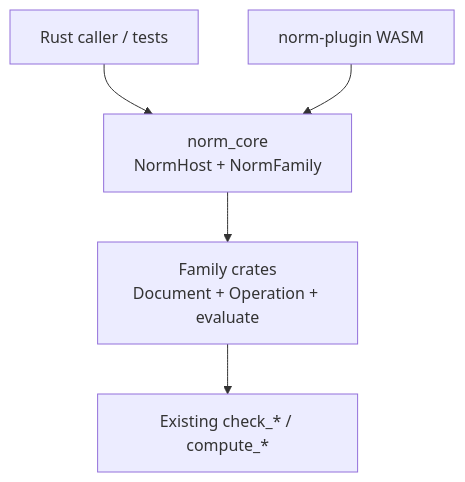
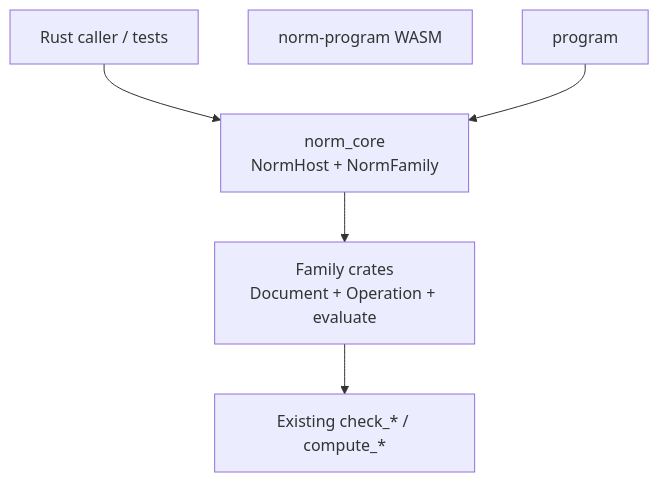
Before and after one commit to usalu/semio: the diagram in .cursor/plans/norm_plugin_apps_88de84b8.plan.md, drawn with Mermaid. The commit also changed other lines of this file and 1361 other files, not shown here.

````diff
--- a/.cursor/plans/norm_plugin_apps_88de84b8.plan.md
+++ b/.cursor/plans/norm_plugin_apps_88de84b8.plan.md
@@ -32,13 +32,13 @@
 ```mermaid
 flowchart TB
   caller["Rust caller / tests"]
-  plugin["norm-plugin WASM"]
+  plugin["norm-program WASM"]
   core["norm_core\nNormHost + NormFamily"]
   families["Family crates\nDocument + Operation + evaluate"]
   checks["Existing check_* / compute_*"]
 
   caller --> core
-  plugin --> core
+  program --> core
   core --> families
   families --> checks
 ```
````
